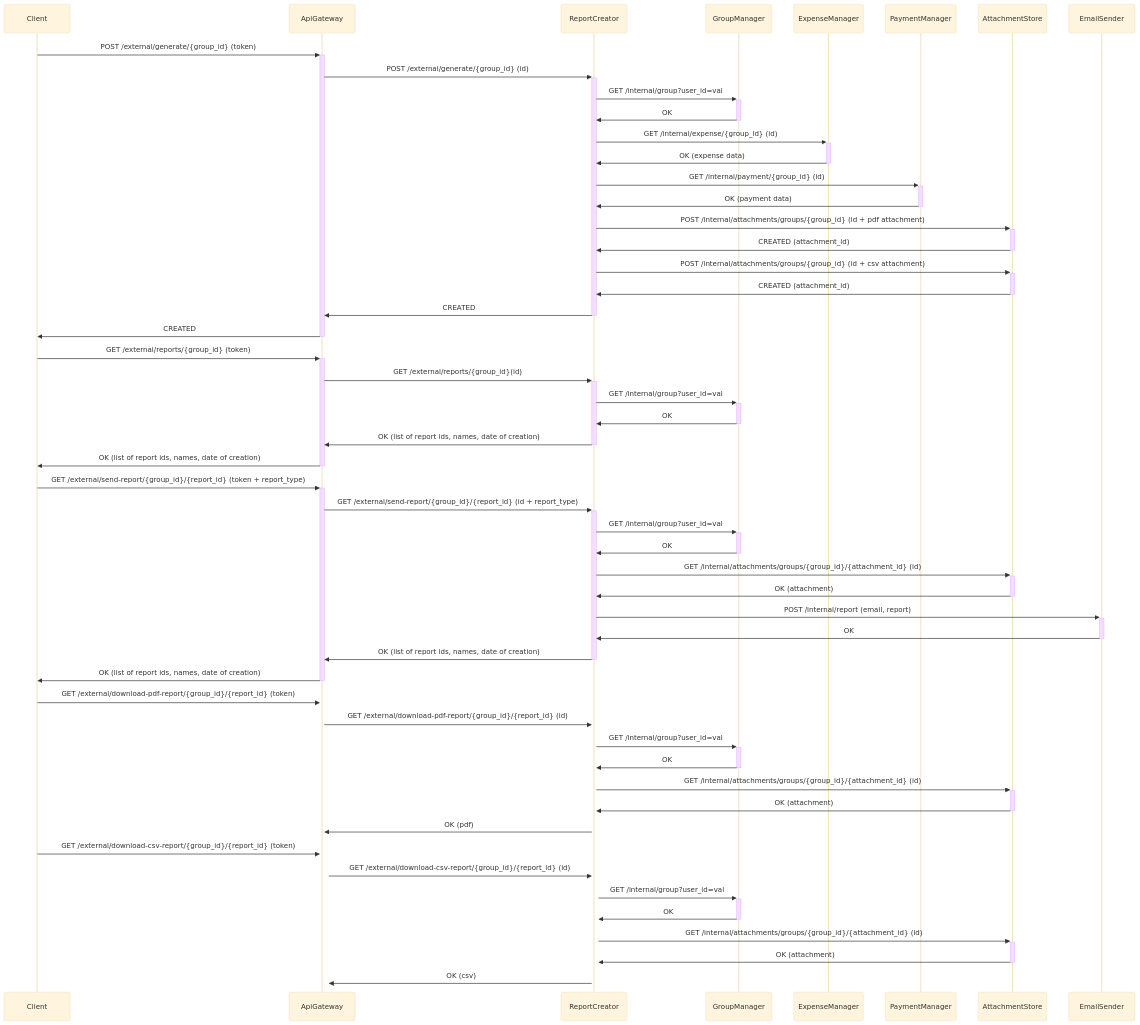
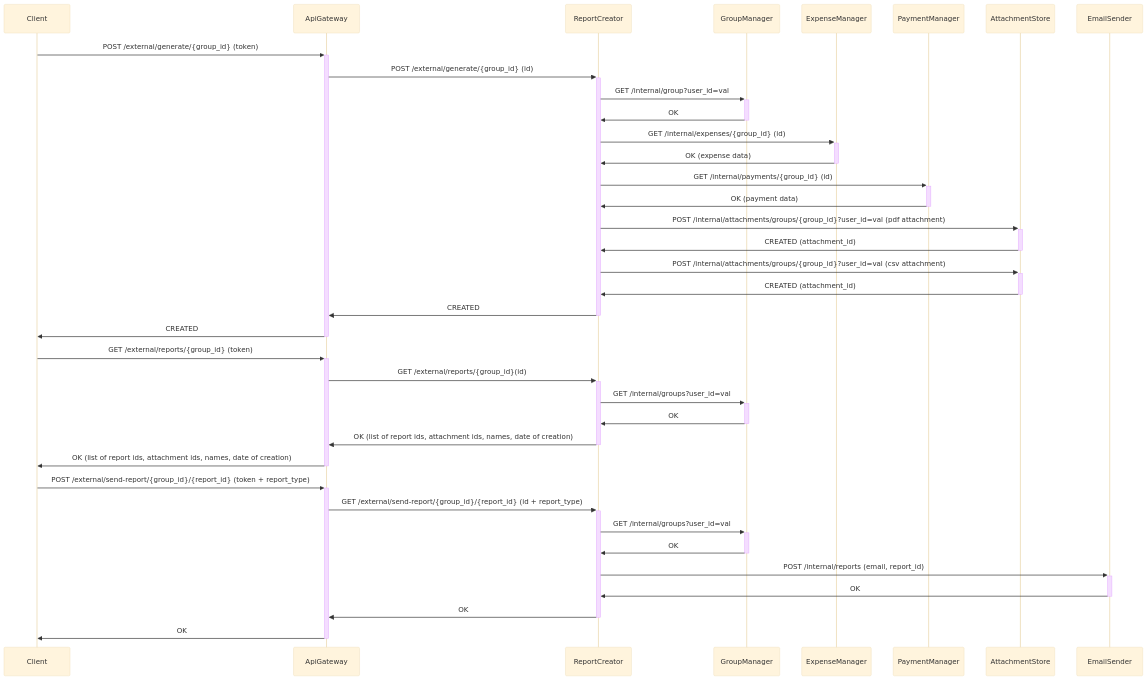
Before and after one commit to Group-Expense-Manager/gem-docs: the ninth of 10 diagrams in docs/diagrams.md, drawn with Mermaid (base theme). The commit also changed other lines of this file and 1 other file, not shown here.

Commit message:
added Expense Manager contract

````diff
--- a/docs/diagrams.md
+++ b/docs/diagrams.md
@@ -293,52 +293,52 @@
 ```mermaid
 sequenceDiagram
 
 Client->>+ApiGateway: POST /external/generate/{group_id} (token)
 ApiGateway->>+ReportCreator: POST /external/generate/{group_id} (id)
 ReportCreator->>+GroupManager: GET /internal/group?user_id=val
 GroupManager->>-ReportCreator: OK
-ReportCreator->>+ ExpenseManager: GET /internal/expense/{group_id} (id)
+ReportCreator->>+ ExpenseManager: GET /internal/expenses/{group_id} (id)
 ExpenseManager->>- ReportCreator: OK (expense data)
-ReportCreator->>+ PaymentManager: GET /internal/payment/{group_id} (id)
+ReportCreator->>+ PaymentManager: GET /internal/payments/{group_id} (id)
 PaymentManager->>- ReportCreator: OK (payment data)
-ReportCreator->>+AttachmentStore:  POST /internal/attachments/groups/{group_id} (id + pdf attachment)
+ReportCreator->>+AttachmentStore:  POST /internal/attachments/groups/{group_id}?user_id=val (pdf attachment)
 AttachmentStore->>-ReportCreator: CREATED (attachment_id)
-ReportCreator->>+AttachmentStore:  POST /internal/attachments/groups/{group_id} (id + csv attachment)
+ReportCreator->>+AttachmentStore:  POST /internal/attachments/groups/{group_id}?user_id=val (csv attachment)
 AttachmentStore->>-ReportCreator: CREATED (attachment_id)
 ReportCreator->>-ApiGateway: CREATED
 ApiGateway->>-Client: CREATED
 
 Client->>+ApiGateway: GET /external/reports/{group_id} (token)
 ApiGateway->>+ReportCreator: GET /external/reports/{group_id}(id)
-ReportCreator->>+GroupManager: GET /internal/group?user_id=val
+ReportCreator->>+GroupManager: GET /internal/groups?user_id=val
 GroupManager->>-ReportCreator: OK
-ReportCreator->>-ApiGateway: OK (list of report ids, names, date of creation)
-ApiGateway->>-Client: OK (list of report ids, names, date of creation)
+ReportCreator->>-ApiGateway: OK (list of report ids, attachment ids, names, date of creation)
+ApiGateway->>-Client: OK (list of report ids, attachment ids, names, date of creation)
 
-Client->>+ApiGateway: GET /external/send-report/{group_id}/{report_id} (token + report_type)
+Client->>+ApiGateway: POST /external/send-report/{group_id}/{report_id} (token + report_type)
 ApiGateway->>+ReportCreator: GET /external/send-report/{group_id}/{report_id} (id + report_type)
-ReportCreator->>+GroupManager: GET /internal/group?user_id=val
+ReportCreator->>+GroupManager: GET /internal/groups?user_id=val
 GroupManager->>-ReportCreator: OK
-ReportCreator->>+AttachmentStore: GET /internal/attachments/groups/{group_id}/{attachment_id}  (id)
-AttachmentStore->>-ReportCreator: OK (attachment)
-ReportCreator->>+EmailSender: POST /internal/report (email, report)
+ReportCreator->>+EmailSender: POST /internal/reports (email, report_id)
 EmailSender->>-ReportCreator: OK
-ReportCreator->>-ApiGateway: OK (list of report ids, names, date of creation)
-ApiGateway->>-Client: OK (list of report ids, names, date of creation)
+ReportCreator->>-ApiGateway: OK
+ApiGateway->>-Client: OK
 
-Client->>+ApiGateway: GET /external/download-pdf-report/{group_id}/{report_id} (token)
-ApiGateway->>+ReportCreator: GET /external/download-pdf-report/{group_id}/{report_id} (id)
-ReportCreator->>+GroupManager: GET /internal/group?user_id=val
-GroupManager->>-ReportCreator: OK
-ReportCreator->>+AttachmentStore: GET /internal/attachments/groups/{group_id}/{attachment_id}  (id)
-AttachmentStore->>-ReportCreator: OK (attachment)
-ReportCreator->>+ApiGateway: OK (pdf)
-
-Client->>+ApiGateway: GET /external/download-csv-report/{group_id}/{report_id} (token)
-ApiGateway->>+ReportCreator: GET /external/download-csv-report/{group_id}/{report_id} (id)
-ReportCreator->>+GroupManager: GET /internal/group?user_id=val 
-GroupManager->>-ReportCreator: OK
-ReportCreator->>+AttachmentStore: GET /internal/attachments/groups/{group_id}/{attachment_id}  (id)
-AttachmentStore->>-ReportCreator: OK (attachment)
-ReportCreator->>+ApiGateway: OK (csv)
+%%Client->>+ApiGateway: GET /external/download-pdf-report/{group_id}/{report_id} (token)
+%%ApiGateway->>+ReportCreator: GET /external/download-pdf-report/{group_id}/{report_id} (id)
+%%ReportCreator->>+GroupManager: GET /internal/groups?user_id=val
+%%GroupManager->>-ReportCreator: OK
+%%ReportCreator->>+AttachmentStore: GET /internal/attachments/groups/{group_id}/{attachment_id}  (id)
+%%AttachmentStore->>-ReportCreator: OK (attachment)
+%%ReportCreator->>-ApiGateway: OK (pdf)
+%%ApiGateway->>-Client: OK (pdf)
+%%
+%%Client->>+ApiGateway: GET /external/download-csv-report/{group_id}/{report_id} (token)
+%%ApiGateway->>+ReportCreator: GET /external/download-csv-report/{group_id}/{report_id} (id)
+%%ReportCreator->>+GroupManager: GET /internal/groups?user_id=val 
+%%GroupManager->>-ReportCreator: OK
+%%ReportCreator->>+AttachmentStore: GET /internal/attachments/groups/{group_id}/{attachment_id}  (id)
+%%AttachmentStore->>-ReportCreator: OK (attachment)
+%%ReportCreator->>-ApiGateway: OK (csv)
+%%ApiGateway->>-Client: OK (csv)
 ```
````
